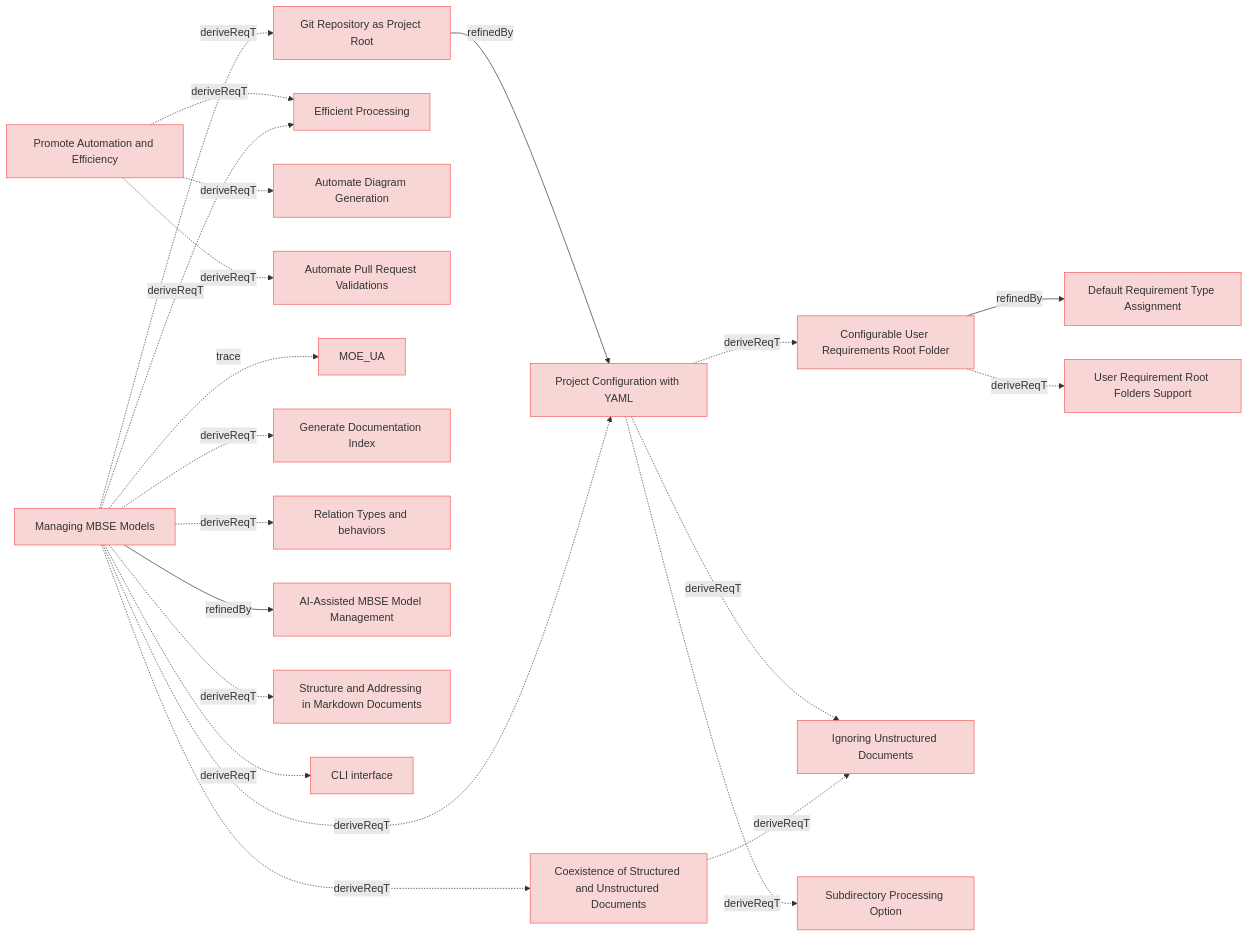
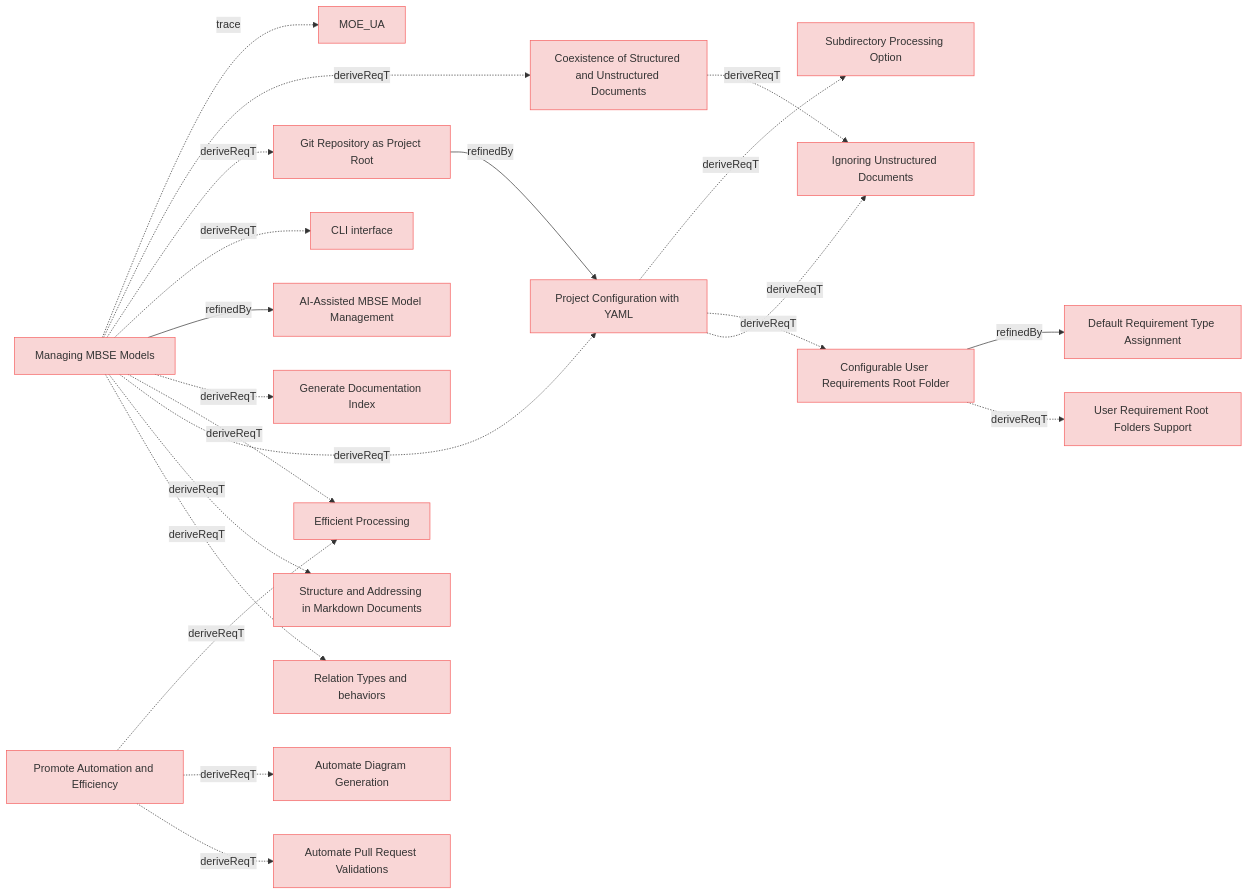
One commit to reqvire-org/reqvire changed the diagram in specifications/ManagingMbseModelsRequirements.md. Above: the diagram before and after it, drawn with Mermaid. The commit also changed other lines of this file and 30 other files, not shown here.

````diff
--- a/specifications/ManagingMbseModelsRequirements.md
+++ b/specifications/ManagingMbseModelsRequirements.md
@@ -10,6 +10,13 @@
   classDef externalLink fill:#d0e0ff,stroke:#3080ff,stroke-width:1px;
   classDef default fill:#f5f5f5,stroke:#333333,stroke-width:1px;
 
+  f0d721424636370e["Coexistence of Structured and Unstructured Documents"];
+  class f0d721424636370e requirement;
+  click f0d721424636370e "ManagingMbseModelsRequirements.md#coexistence-of-structured-and-unstructured-documents";
+  be83c2991e9535c7["Ignoring Unstructured Documents"];
+  class be83c2991e9535c7 requirement;
+  click be83c2991e9535c7 "SystemRequirements/Requirements.md#ignoring-unstructured-documents";
+  f0d721424636370e -.->|deriveReqT| be83c2991e9535c7;
   649d72765b13e14f["Git Repository as Project Root"];
   class 649d72765b13e14f requirement;
   click 649d72765b13e14f "ManagingMbseModelsRequirements.md#git-repository-as-project-root";
@@ -17,45 +24,26 @@
   class 16b4b380c917deb1 requirement;
   click 16b4b380c917deb1 "ManagingMbseModelsRequirements.md#project-configuration-with-yaml";
   649d72765b13e14f -->|refinedBy| 16b4b380c917deb1;
+  c9cc6878a73bb951["Default Requirement Type Assignment"];
+  class c9cc6878a73bb951 requirement;
+  click c9cc6878a73bb951 "ManagingMbseModelsRequirements.md#default-requirement-type-assignment";
+  d193d11c43776bec["Efficient Processing"];
+  class d193d11c43776bec requirement;
+  click d193d11c43776bec "ManagingMbseModelsRequirements.md#efficient-processing";
+  7bdf935ec6d8effe["Subdirectory Processing Option"];
+  class 7bdf935ec6d8effe requirement;
+  click 7bdf935ec6d8effe "SystemRequirements/Requirements.md#subdirectory-processing-option";
+  16b4b380c917deb1 -.->|deriveReqT| 7bdf935ec6d8effe;
   d9354ef2eca0f2d0["Configurable User Requirements Root Folder"];
   class d9354ef2eca0f2d0 requirement;
   click d9354ef2eca0f2d0 "ManagingMbseModelsRequirements.md#configurable-user-requirements-root-folder";
-  c9cc6878a73bb951["Default Requirement Type Assignment"];
-  class c9cc6878a73bb951 requirement;
-  click c9cc6878a73bb951 "ManagingMbseModelsRequirements.md#default-requirement-type-assignment";
+  16b4b380c917deb1 -.->|deriveReqT| d9354ef2eca0f2d0;
+  16b4b380c917deb1 -.->|deriveReqT| be83c2991e9535c7;
   d9354ef2eca0f2d0 -->|refinedBy| c9cc6878a73bb951;
   a9d6e2569d5acd60["User Requirement Root Folders Support"];
   class a9d6e2569d5acd60 requirement;
   click a9d6e2569d5acd60 "SystemRequirements/Requirements.md#user-requirement-root-folders-support";
   d9354ef2eca0f2d0 -.->|deriveReqT| a9d6e2569d5acd60;
-  16b4b380c917deb1 -.->|deriveReqT| d9354ef2eca0f2d0;
-  be83c2991e9535c7["Ignoring Unstructured Documents"];
-  class be83c2991e9535c7 requirement;
-  click be83c2991e9535c7 "SystemRequirements/Requirements.md#ignoring-unstructured-documents";
-  16b4b380c917deb1 -.->|deriveReqT| be83c2991e9535c7;
-  7bdf935ec6d8effe["Subdirectory Processing Option"];
-  class 7bdf935ec6d8effe requirement;
-  click 7bdf935ec6d8effe "SystemRequirements/Requirements.md#subdirectory-processing-option";
-  16b4b380c917deb1 -.->|deriveReqT| 7bdf935ec6d8effe;
-  d193d11c43776bec["Efficient Processing"];
-  class d193d11c43776bec requirement;
-  click d193d11c43776bec "ManagingMbseModelsRequirements.md#efficient-processing";
-  f0d721424636370e["Coexistence of Structured and Unstructured Documents"];
-  class f0d721424636370e requirement;
-  click f0d721424636370e "ManagingMbseModelsRequirements.md#coexistence-of-structured-and-unstructured-documents";
-  f0d721424636370e -.->|deriveReqT| be83c2991e9535c7;
-  80166c5161b33956["Promote Automation and Efficiency"];
-  class 80166c5161b33956 requirement;
-  click 80166c5161b33956 "MissionRequirements.md#promote-automation-and-efficiency";
-  98a581084d5542fa["Automate Diagram Generation"];
-  class 98a581084d5542fa requirement;
-  click 98a581084d5542fa "UserRequirements.md#automate-diagram-generation";
-  80166c5161b33956 -.->|deriveReqT| 98a581084d5542fa;
-  80166c5161b33956 -.->|deriveReqT| d193d11c43776bec;
-  15f2f511b2399406["Automate Pull Request Validations"];
-  class 15f2f511b2399406 requirement;
-  click 15f2f511b2399406 "UserRequirements.md#automate-pull-request-validations";
-  80166c5161b33956 -.->|deriveReqT| 15f2f511b2399406;
   e61b7c1baa89bfc6["Managing MBSE Models"];
   class e61b7c1baa89bfc6 requirement;
   click e61b7c1baa89bfc6 "UserStories.md#managing-mbse-models";
@@ -63,28 +51,40 @@
   class 2c5f30f14e792200 requirement;
   click 2c5f30f14e792200 "MOEs.md#moe_ua";
   e61b7c1baa89bfc6 -.->|trace| 2c5f30f14e792200;
+  e61b7c1baa89bfc6 -.->|deriveReqT| f0d721424636370e;
   e61b7c1baa89bfc6 -.->|deriveReqT| 649d72765b13e14f;
+  f28849d46c19af44["CLI interface"];
+  class f28849d46c19af44 requirement;
+  click f28849d46c19af44 "UserRequirements.md#cli-interface";
+  e61b7c1baa89bfc6 -.->|deriveReqT| f28849d46c19af44;
+  cd2d5dab49985ca2["AI-Assisted MBSE Model Management"];
+  class cd2d5dab49985ca2 requirement;
+  click cd2d5dab49985ca2 "UserStories.md#ai-assisted-mbse-model-management";
+  e61b7c1baa89bfc6 -->|refinedBy| cd2d5dab49985ca2;
   c2b6c74b77726ad9["Generate Documentation Index"];
   class c2b6c74b77726ad9 requirement;
   click c2b6c74b77726ad9 "UserRequirements.md#generate-documentation-index";
   e61b7c1baa89bfc6 -.->|deriveReqT| c2b6c74b77726ad9;
+  e61b7c1baa89bfc6 -.->|deriveReqT| d193d11c43776bec;
   e61b7c1baa89bfc6 -.->|deriveReqT| 16b4b380c917deb1;
+  ade67c27bc5d3bbd["Structure and Addressing in Markdown Documents"];
+  class ade67c27bc5d3bbd requirement;
+  click ade67c27bc5d3bbd "SpecificationsRequirements.md#structure-and-addressing-in-markdown-documents";
+  e61b7c1baa89bfc6 -.->|deriveReqT| ade67c27bc5d3bbd;
   551906d5c51d91d9["Relation Types and behaviors"];
   class 551906d5c51d91d9 requirement;
   click 551906d5c51d91d9 "SpecificationsRequirements.md#relation-types-and-behaviors";
   e61b7c1baa89bfc6 -.->|deriveReqT| 551906d5c51d91d9;
-  e61b7c1baa89bfc6 -.->|deriveReqT| d193d11c43776bec;
-  e61b7c1baa89bfc6 -.->|deriveReqT| f0d721424636370e;
-  cd2d5dab49985ca2["AI-Assisted MBSE Model Management"];
-  class cd2d5dab49985ca2 requirement;
-  click cd2d5dab49985ca2 "UserStories.md#ai-assisted-mbse-model-management";
-  e61b7c1baa89bfc6 -->|refinedBy| cd2d5dab49985ca2;
-  ade67c27bc5d3bbd["Structure and Addressing in Markdown Documents"];
-  class ade67c27bc5d3bbd requirement;
-  click ade67c27bc5d3bbd "SpecificationsRequirements.md#structure-and-addressing-in-markdown-documents";
-  e61b7c1baa89bfc6 -.->|deriveReqT| ade67c27bc5d3bbd;
-  f28849d46c19af44["CLI interface"];
-  class f28849d46c19af44 requirement;
-  click f28849d46c19af44 "UserRequirements.md#cli-interface";
-  e61b7c1baa89bfc6 -.->|deriveReqT| f28849d46c19af44;
+  80166c5161b33956["Promote Automation and Efficiency"];
+  class 80166c5161b33956 requirement;
+  click 80166c5161b33956 "MissionRequirements.md#promote-automation-and-efficiency";
+  80166c5161b33956 -.->|deriveReqT| d193d11c43776bec;
+  98a581084d5542fa["Automate Diagram Generation"];
+  class 98a581084d5542fa requirement;
+  click 98a581084d5542fa "UserRequirements.md#automate-diagram-generation";
+  80166c5161b33956 -.->|deriveReqT| 98a581084d5542fa;
+  15f2f511b2399406["Automate Pull Request Validations"];
+  class 15f2f511b2399406 requirement;
+  click 15f2f511b2399406 "UserRequirements.md#automate-pull-request-validations";
+  80166c5161b33956 -.->|deriveReqT| 15f2f511b2399406;
 ```
````
